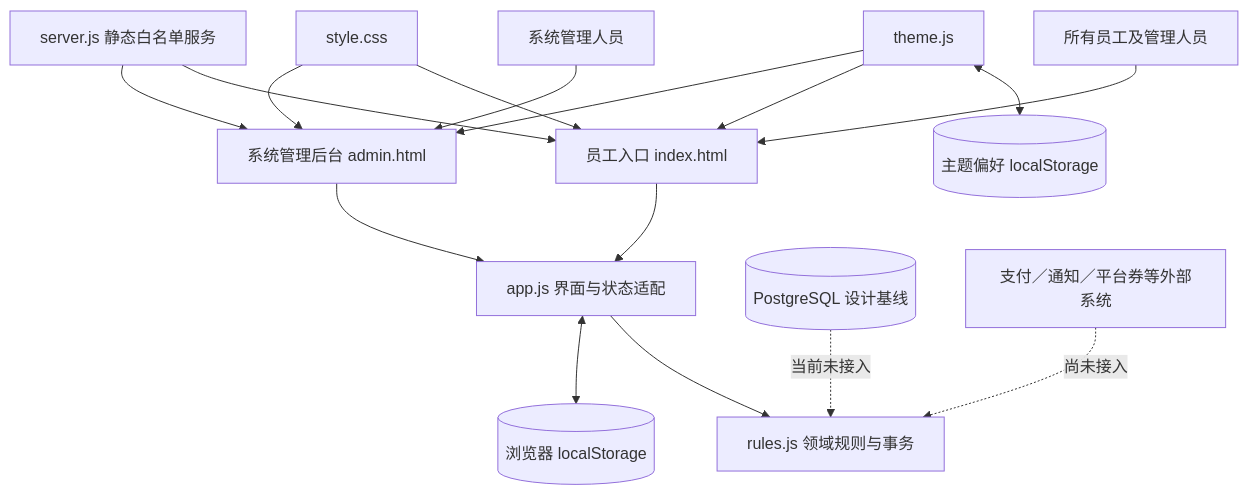
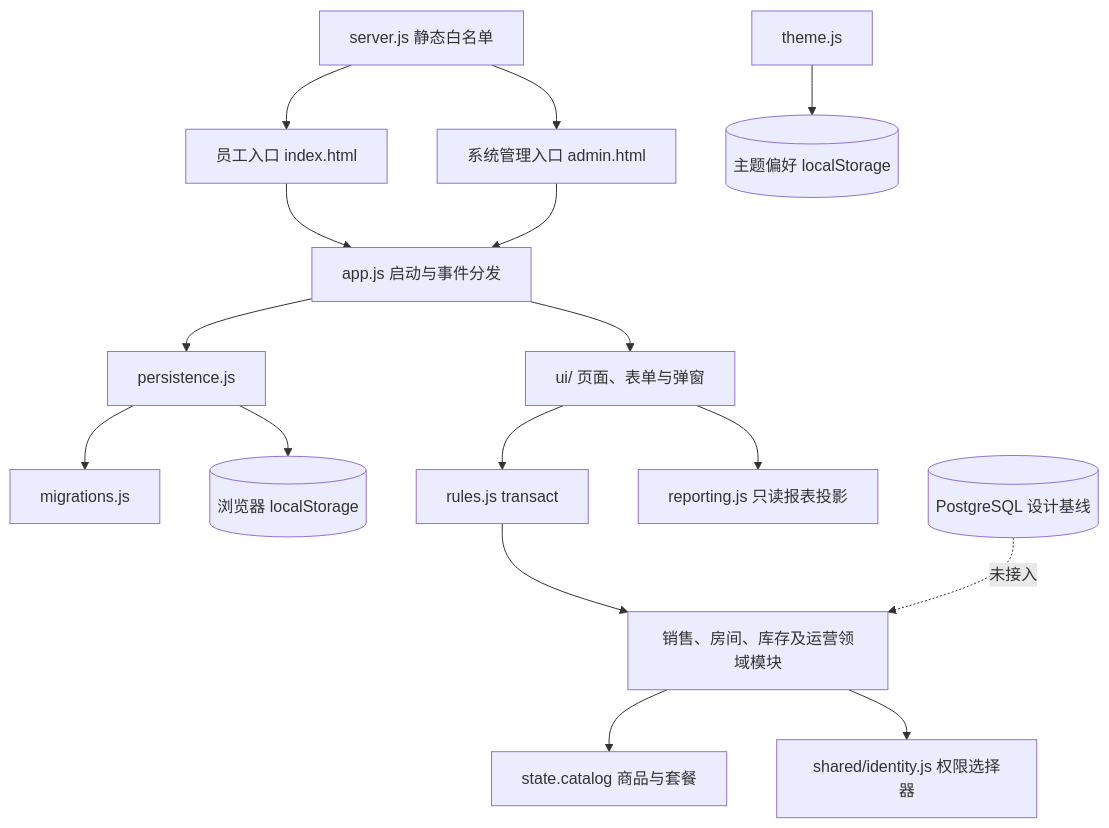
Before and after one commit to Richard-Zhuo/codex-KTV: the diagram in docs/ARCHITECTURE.md, drawn with Mermaid. The commit also changed other lines of this file and 38 other files, not shown here.

````diff
--- a/docs/ARCHITECTURE.md
+++ b/docs/ARCHITECTURE.md
@@ -7,18 +7,18 @@
 ```mermaid
 flowchart TD
-  U[所有员工及管理人员] --> S[员工入口 index.html]
-  M[系统管理人员] --> A[系统管理后台 admin.html]
-  S --> UI[app.js 界面与状态适配]
-  A --> UI
-  UI --> R[rules.js 领域规则与事务]
-  UI <--> L[(浏览器 localStorage)]
-  T[theme.js] <--> P[(主题偏好 localStorage)]
-  T --> S
-  T --> A
-  CSS[style.css] --> S
-  CSS --> A
-  H[server.js 静态白名单服务] --> S
-  H --> A
-  DB[(PostgreSQL 设计基线)] -. 当前未接入 .-> R
-  EXT[支付／通知／平台券等外部系统] -. 尚未接入 .-> R
+  E[员工入口 index.html] --> APP[app.js 启动与事件分发]
+  A[系统管理入口 admin.html] --> APP
+  APP --> UI[ui/ 页面、表单与弹窗]
+  APP --> P[persistence.js]
+  P --> M[migrations.js]
+  P --> LS[(浏览器 localStorage)]
+  UI --> TX[rules.js transact]
+  TX --> D[销售、房间、库存及运营领域模块]
+  UI --> REP[reporting.js 只读报表投影]
+  D --> C[state.catalog 商品与套餐]
+  D --> ID[shared/identity.js 权限选择器]
+  T[theme.js] --> PREF[(主题偏好 localStorage)]
+  S[server.js 静态白名单] --> E
+  S --> A
+  DB[(PostgreSQL 设计基线)] -. 未接入 .-> D
 ```
````
